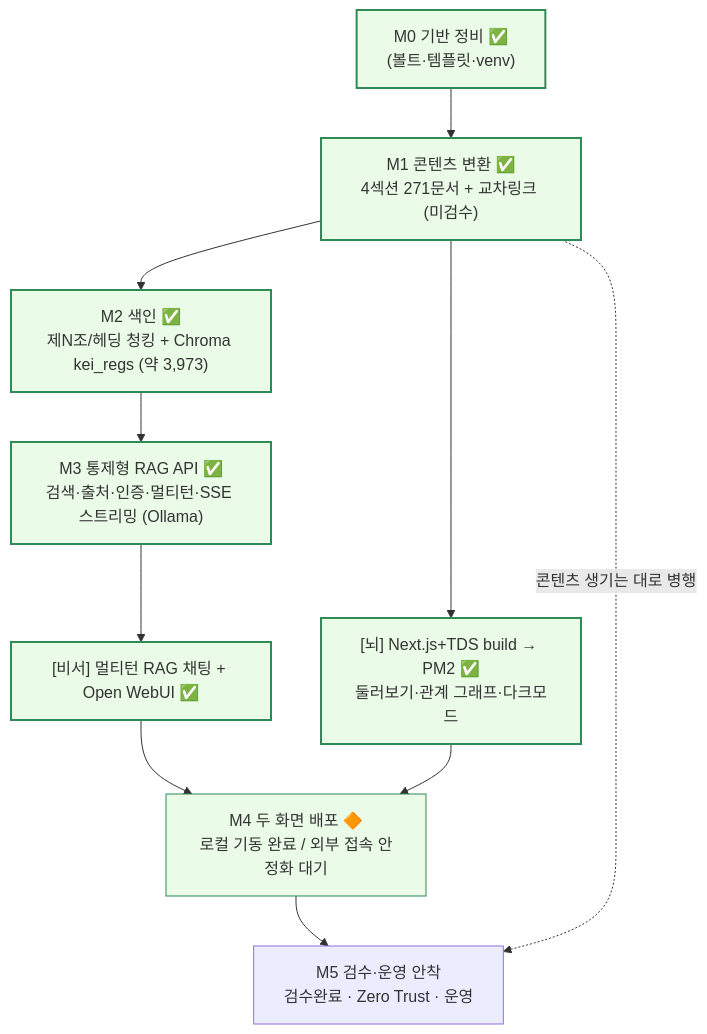
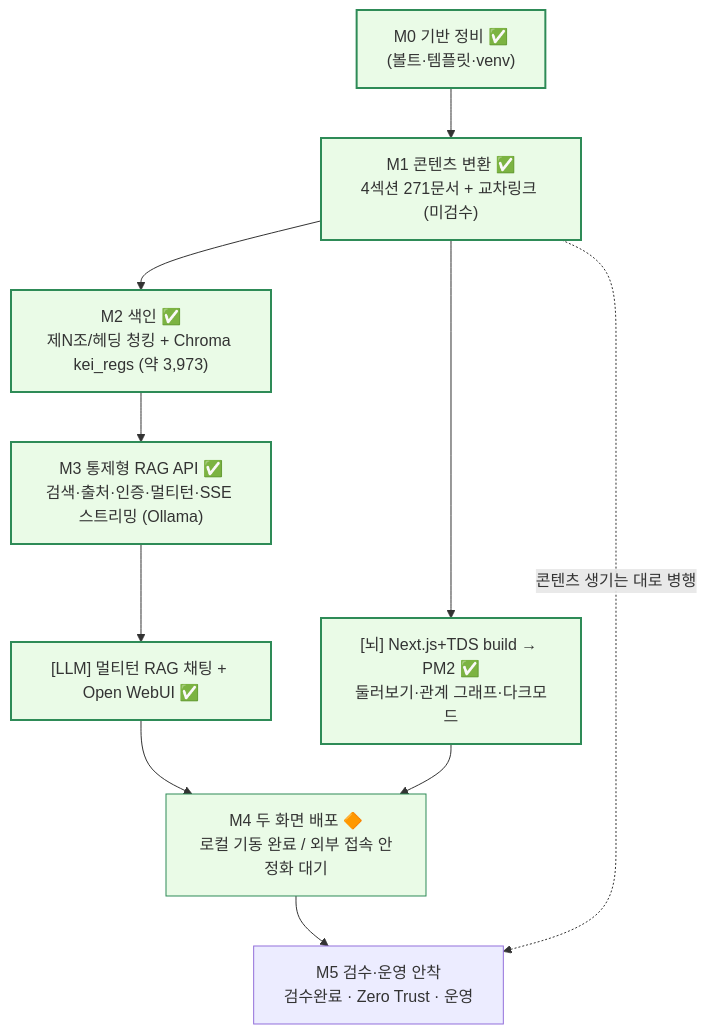
Before and after one commit to mooner92/KEIAdminSuperv: the second of 2 diagrams in docs/08-roadmap.md, drawn with Mermaid. The commit also changed other lines of this file and 50 other files, not shown here.

````diff
--- a/docs/08-roadmap.md
+++ b/docs/08-roadmap.md
@@ -95,24 +95,24 @@
 ```mermaid
 flowchart TD
     M0["M0 기반 정비 ✅<br/>(볼트·템플릿·venv)"]
 
     M0 --> M1["M1 콘텐츠 변환 ✅<br/>4섹션 271문서 + 교차링크 (미검수)"]
     M1 --> M2["M2 색인 ✅<br/>제N조/헤딩 청킹 + Chroma kei_regs (약 3,973)"]
     M2 --> M3["M3 통제형 RAG API ✅<br/>검색·출처·인증·멀티턴·SSE 스트리밍 (Ollama)"]
 
     M1 --> M4b["[뇌] Next.js+TDS build → PM2 ✅<br/>둘러보기·관계 그래프·다크모드"]
-    M3 --> M4a["[비서] 멀티턴 RAG 채팅 + Open WebUI ✅"]
+    M3 --> M4a["[LLM] 멀티턴 RAG 채팅 + Open WebUI ✅"]
 
     M4a --> M4["M4 두 화면 배포 🔶<br/>로컬 기동 완료 / 외부 접속 안정화 대기"]
     M4b --> M4
     M4 --> M5["M5 검수·운영 안착<br/>검수완료 · Zero Trust · 운영"]
 
     M1 -. "콘텐츠 생기는 대로 병행" .-> M5
 
     classDef core fill:#e8f0ff,stroke:#3366cc,stroke-width:1px;
     classDef screen fill:#eafbe7,stroke:#2e8b57,stroke-width:1px;
     classDef done fill:#eafbe7,stroke:#2e8b57,stroke-width:2px;
     class M0,M1,M2,M3 core;
     class M4a,M4b,M4 screen;
     class M0,M1,M2,M3,M4a,M4b done;
 ```
````
